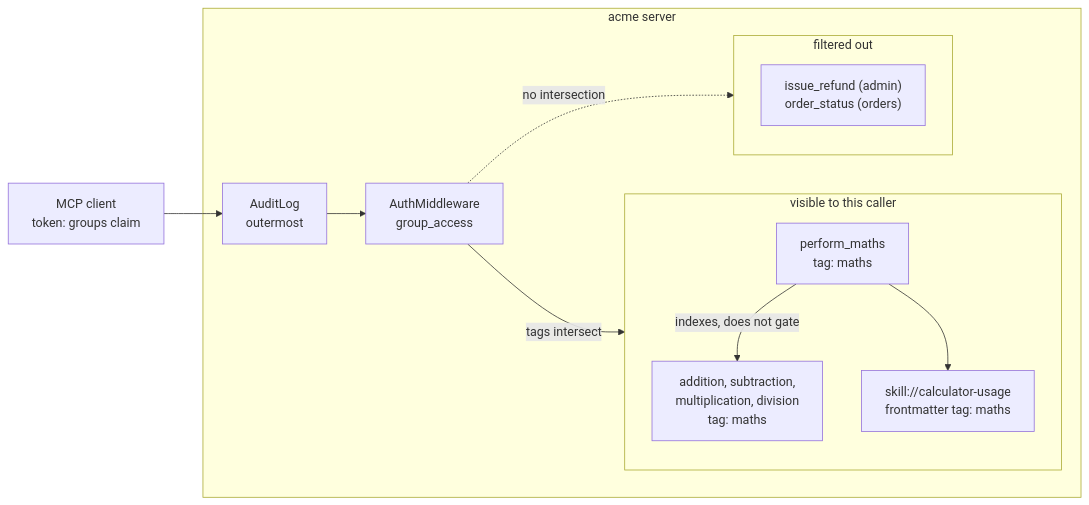
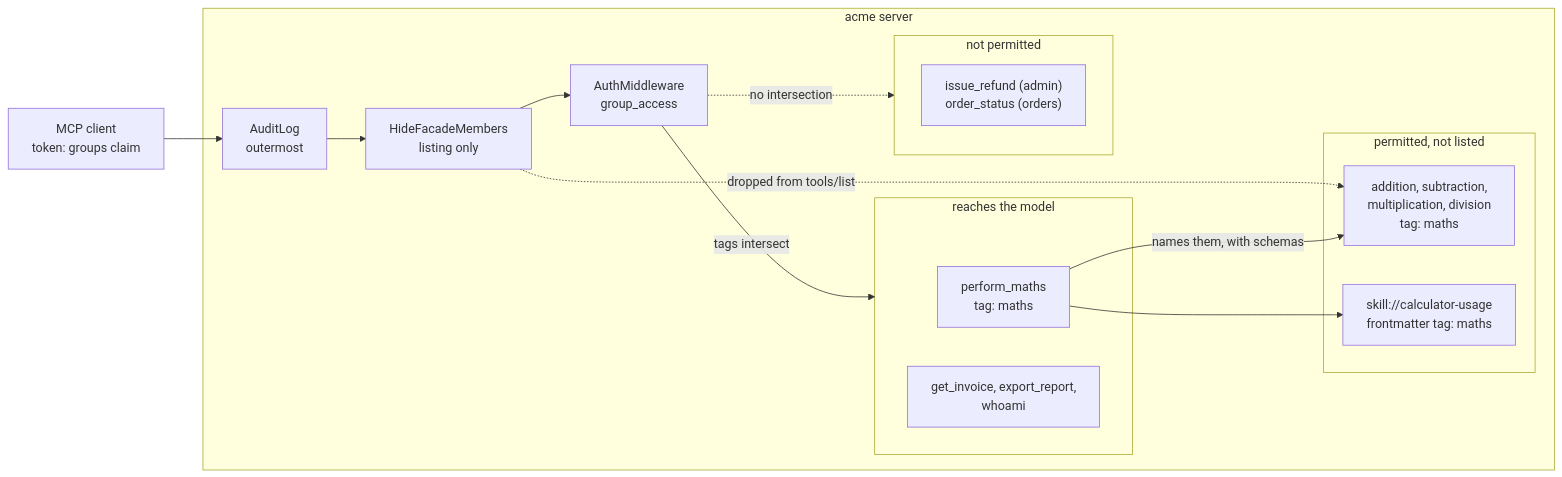
Before and after one commit to MattJColes/acme-mcp: the first of 2 diagrams in docs/tool-grouping.md, drawn with Mermaid. The commit also changed other lines of this file and 6 other files, not shown here.

First line of the commit message:
feat: hide facade members from tools/list, keep them callable

````diff
--- a/docs/tool-grouping.md
+++ b/docs/tool-grouping.md
@@ -48,25 +53,31 @@
 ```mermaid
 flowchart LR
     caller["MCP client<br/>token: groups claim"]
 
     subgraph server["acme server"]
         audit["AuditLog<br/>outermost"]
+        hide["HideFacadeMembers<br/>listing only"]
         authmw["AuthMiddleware<br/>group_access"]
 
-        subgraph allowed["visible to this caller"]
+        subgraph listed["reaches the model"]
             facade["perform_maths<br/>tag: maths"]
+            rest["get_invoice, export_report,<br/>whoami"]
+        end
+
+        subgraph reachable["permitted, not listed"]
             members["addition, subtraction,<br/>multiplication, division<br/>tag: maths"]
             skill["skill://calculator-usage<br/>frontmatter tag: maths"]
         end
 
-        subgraph denied["filtered out"]
+        subgraph denied["not permitted"]
             other["issue_refund (admin)<br/>order_status (orders)"]
         end
     end
 
-    caller --> audit --> authmw
-    authmw -->|tags intersect| allowed
+    caller --> audit --> hide --> authmw
+    authmw -->|tags intersect| listed
     authmw -.->|no intersection| denied
-    facade -->|"indexes, does not gate"| members
+    hide -.->|"dropped from tools/list"| members
+    facade -->|"names them, with schemas"| members
     facade --> skill
 ```
````
